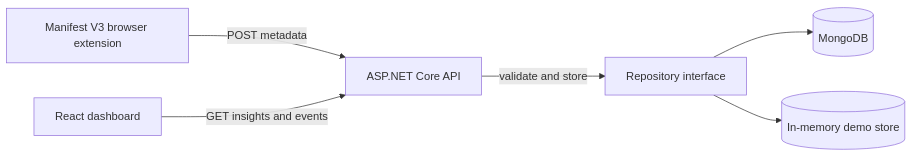
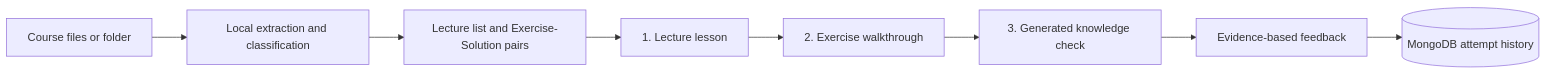
The diagram in README.md (ChenYiyua/StudyLens), drawn with Mermaid before and after one commit. The commit also changed other lines of this file and 109 other files, not shown here.

````diff
--- a/README.md
+++ b/README.md
@@ -15,8 +30,10 @@
 ```mermaid
 flowchart LR
-    E[Manifest V3 browser extension] -->|POST metadata| A[ASP.NET Core API]
-    A -->|validate and store| R[Repository interface]
-    R --> M[(MongoDB)]
-    R --> I[(In-memory demo store)]
-    D[React dashboard] -->|GET insights and events| A
+    P[Course files or folder] --> X[Local extraction and classification]
+    X --> O[Lecture list and Exercise-Solution pairs]
+    O --> L[1. Lecture lesson]
+    L --> E[2. Exercise walkthrough]
+    E --> Q[3. Generated knowledge check]
+    Q --> F[Evidence-based feedback]
+    F --> M[(MongoDB attempt history)]
 ```
````
